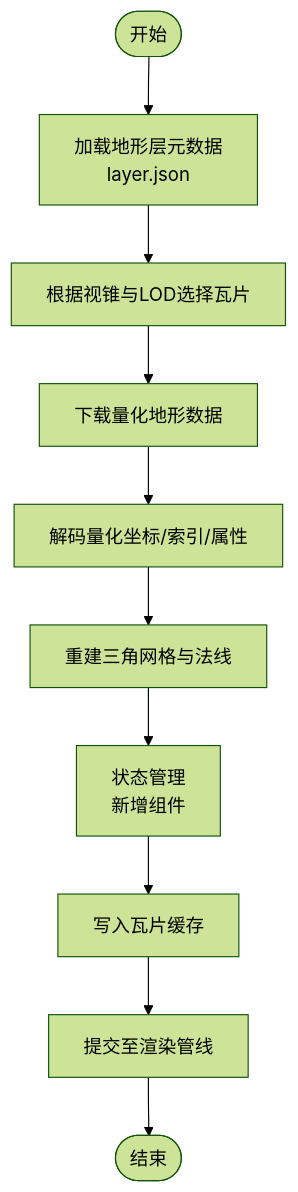
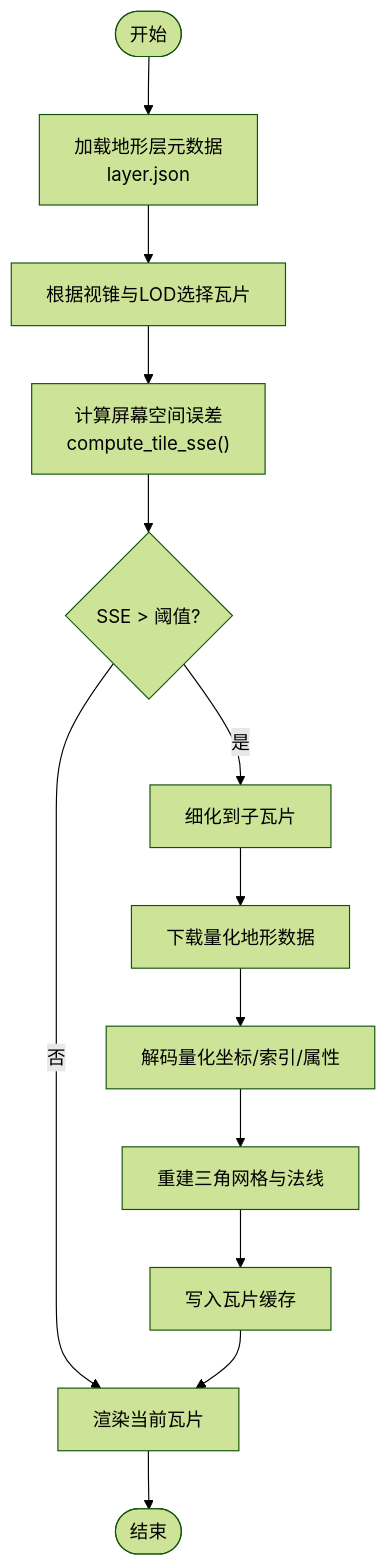
Before and after one commit to rzhangjing/cesium: the third of 7 diagrams in .qoder/repowiki/zh/content/项目概述/核心特性/地形与影像系统/地形与影像系统.md, drawn with Mermaid (forest theme). The commit also changed other lines of this file and 57 other files, not shown here.

````diff
--- a/.qoder/repowiki/zh/content/项目概述/核心特性/地形与影像系统/地形与影像系统.md
+++ b/.qoder/repowiki/zh/content/项目概述/核心特性/地形与影像系统/地形与影像系统.md
@@ -166,12 +187,15 @@
 ```mermaid
 flowchart TD
 Start(["开始"]) --> LoadMeta["加载地形层元数据<br/>layer.json"]
 LoadMeta --> SelectTile["根据视锥与LOD选择瓦片"]
-SelectTile --> FetchData["下载量化地形数据"]
+SelectTile --> ComputeSSE["计算屏幕空间误差<br/>compute_tile_sse()"]
+ComputeSSE --> CheckThreshold{"SSE > 阈值?"}
+CheckThreshold --> |是| Refine["细化到子瓦片"]
+CheckThreshold --> |否| Render["渲染当前瓦片"]
+Refine --> FetchData["下载量化地形数据"]
 FetchData --> Decode["解码量化坐标/索引/属性"]
 Decode --> Rebuild["重建三角网格与法线"]
-Rebuild --> StateMgr["状态管理<br/>新增组件"]
-StateMgr --> Cache["写入瓦片缓存"]
-Cache --> Render["提交至渲染管线"]
+Rebuild --> Cache["写入瓦片缓存"]
+Cache --> Render
 Render --> End(["结束"])
 ```
````
